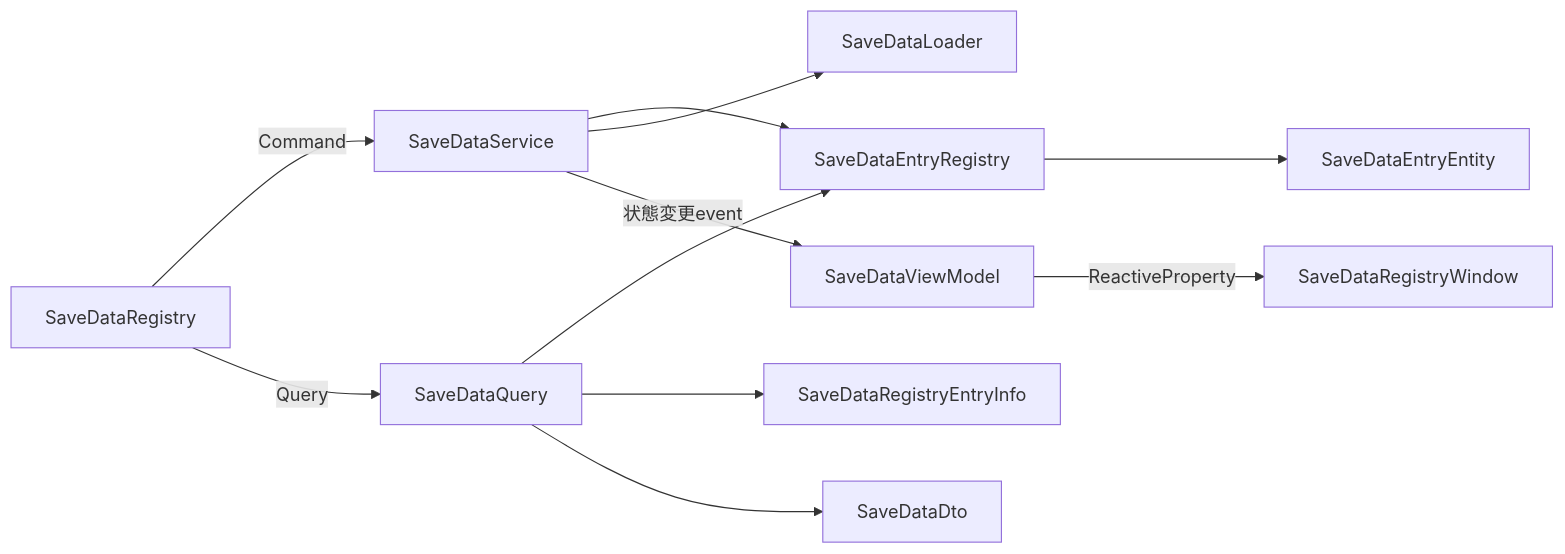
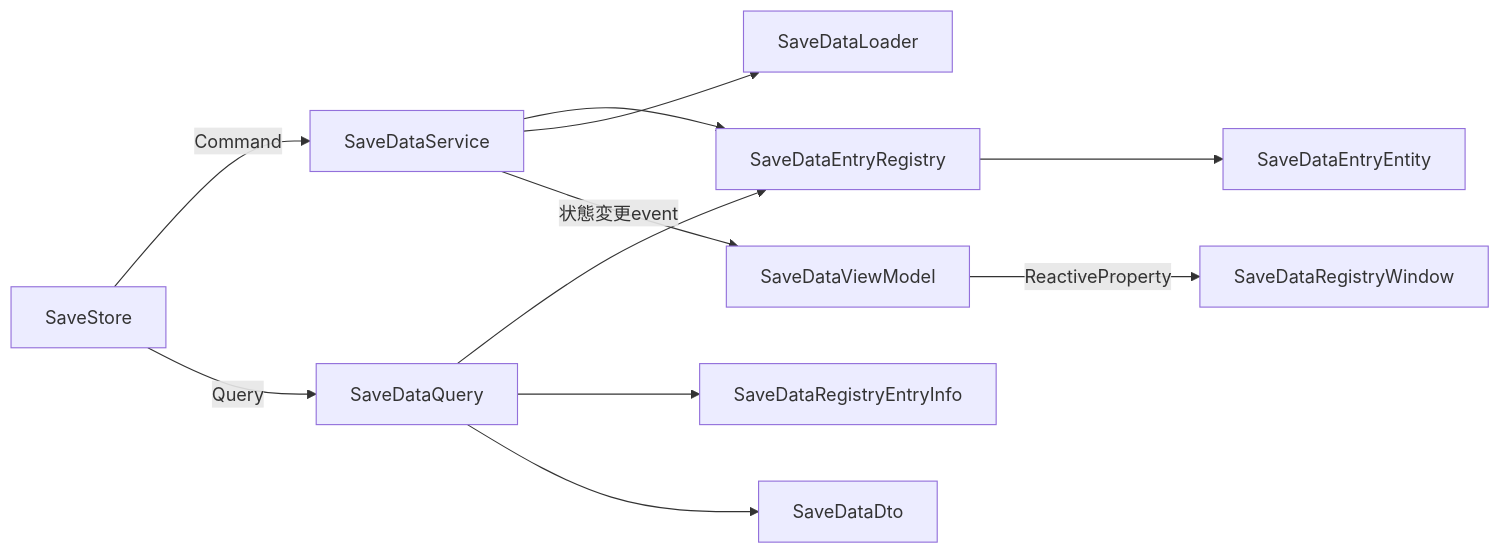
One commit to HIBIKI5201/SymphonyFramework changed the sixth of 9 diagrams in Documentation~/Architecture.md. Above: the diagram before and after it, drawn with Mermaid. The commit also changed other lines of this file and 19 other files, not shown here.

First line of the commit message:
[add]SaveDataRegistryをSaveStoreへ改名

````diff
--- a/Documentation~/Architecture.md
+++ b/Documentation~/Architecture.md
@@ -213,13 +213,13 @@
 ```mermaid
 flowchart LR
-    Facade["SaveDataRegistry"] -->|Command| Service["SaveDataService"]
+    Facade["SaveStore"] -->|Command| Service["SaveDataService"]
     Service --> Registry["SaveDataEntryRegistry"]
     Registry --> Entity["SaveDataEntryEntity"]
     Facade -->|Query| Query["SaveDataQuery"]
     Query --> Registry
     Query --> Info["SaveDataRegistryEntryInfo"]
     Query --> Dto["SaveDataDto"]
     Service --> Loader["SaveDataLoader"]
     Service -->|状態変更event| ViewModel["SaveDataViewModel"]
     ViewModel -->|ReactiveProperty| Window["SaveDataRegistryWindow"]
 ```
````
